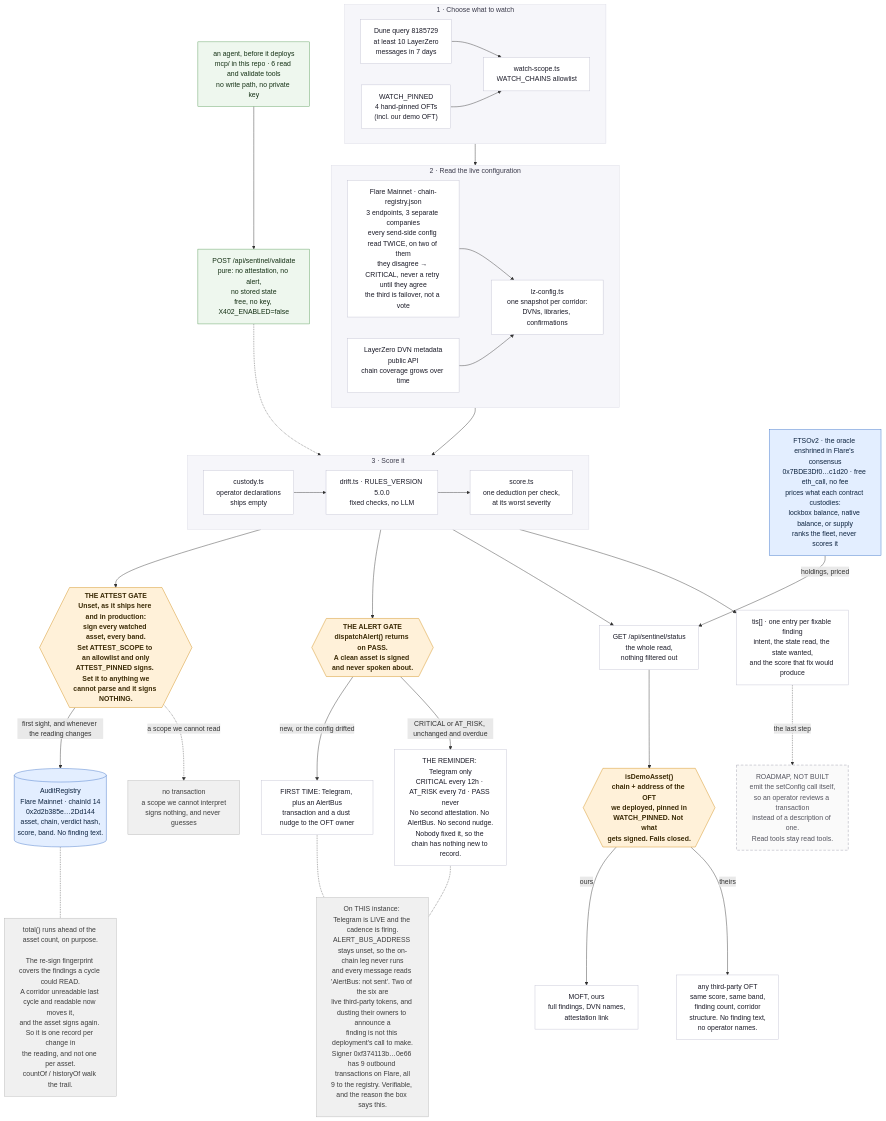
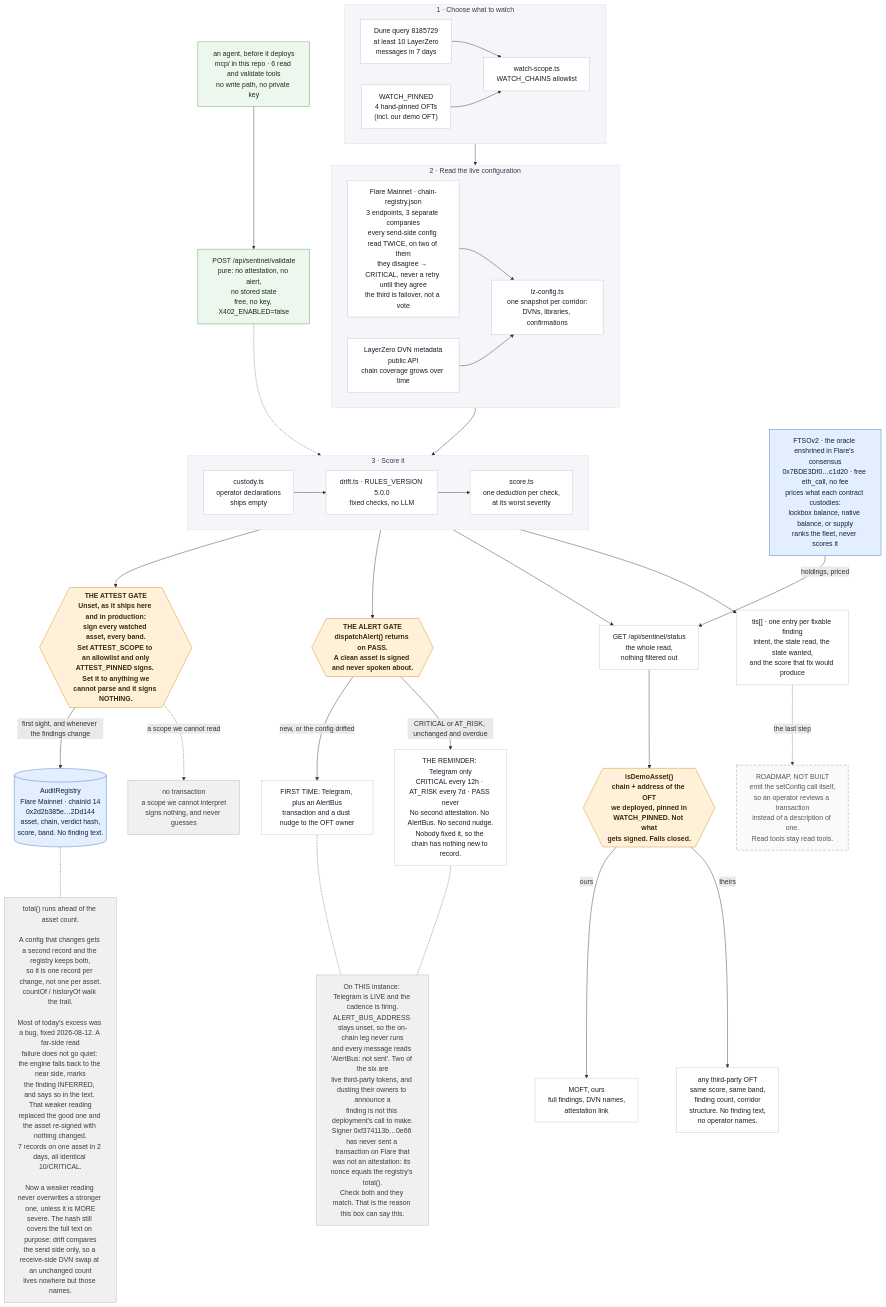
Before and after one commit to damli40/flare-oft-sentinel: the diagram in assets/architecture.mmd, drawn with Mermaid. The commit also changed 20 other files, not shown here.

Commit message:
Refuse a downgraded reading instead of weakening the change hash

```diff
--- a/assets/architecture.mmd
+++ b/assets/architecture.mmd
@@ -1,118 +1,118 @@
 %% OFT Sentinel on Flare — one cycle, end to end.
 %% Rendered to assets/architecture.png. Regenerate with:
 %%   npx -y @mermaid-js/mermaid-cli -i assets/architecture.mmd -o assets/architecture.png -b white -s 2
 flowchart TB
     subgraph pick["1 · Choose what to watch"]
         direction LR
         dune["Dune query 8185729<br/>at least 10 LayerZero<br/>messages in 7 days"]
         pinned["WATCH_PINNED<br/>4 hand-pinned OFTs<br/>(incl. our demo OFT)"]
         scope["watch-scope.ts<br/>WATCH_CHAINS allowlist"]
         dune --> scope
         pinned --> scope
     end
 
     subgraph read["2 · Read the live configuration"]
         direction LR
         rpc["Flare Mainnet · chain-registry.json<br/>3 endpoints, 3 separate companies<br/>every send-side config read TWICE, on two of them<br/>they disagree → CRITICAL, never a retry until they agree<br/>the third is failover, not a vote"]
         meta["LayerZero DVN metadata<br/>public API<br/>chain coverage grows over time"]
         lz["lz-config.ts<br/>one snapshot per corridor:<br/>DVNs, libraries, confirmations"]
         rpc --> lz
         meta --> lz
     end
 
     subgraph rules["3 · Score it"]
         direction LR
         cust["custody.ts<br/>operator declarations<br/>ships empty"]
         drift["drift.ts · RULES_VERSION 5.0.0<br/>fixed checks, no LLM"]
         score["score.ts<br/>one deduction per check,<br/>at its worst severity"]
         cust --> drift
         drift --> score
     end
 
     %% ── Leg A: sign it ────────────────────────────────────────────────────
     gate{{"THE ATTEST GATE<br/>Unset, as it ships here and in production:<br/>sign every watched asset, every band.<br/>Set ATTEST_SCOPE to an allowlist and only<br/>ATTEST_PINNED signs. Set it to anything we<br/>cannot parse and it signs NOTHING."}}
     reg[("AuditRegistry<br/>Flare Mainnet · chainId 14<br/>0x2d2b385e…2Dd144<br/>asset, chain, verdict hash,<br/>score, band. No finding text.")]
-    resign["total() runs ahead of the asset count, on purpose.<br/>&nbsp;<br/>The re-sign fingerprint covers the findings a cycle could READ.<br/>A corridor unreadable last cycle and readable now moves it,<br/>and the asset signs again. So it is one record per change in<br/>the reading, and not one per asset.<br/>countOf / historyOf walk the trail."]
+    resign["total() runs ahead of the asset count.<br/>&nbsp;<br/>A config that changes gets a second record and the registry keeps both,<br/>so it is one record per change, not one per asset.<br/>countOf / historyOf walk the trail.<br/>&nbsp;<br/>Most of today's excess was a bug, fixed 2026-08-12. A far-side read<br/>failure does not go quiet: the engine falls back to the near side, marks<br/>the finding INFERRED, and says so in the text. That weaker reading<br/>replaced the good one and the asset re-signed with nothing changed.<br/>7 records on one asset in 2 days, all identical 10/CRITICAL.<br/>&nbsp;<br/>Now a weaker reading never overwrites a stronger one, unless it is MORE<br/>severe. The hash still covers the full text on purpose: drift compares<br/>the send side only, so a receive-side DVN swap at an unchanged count<br/>lives nowhere but those names."]
     nosign["no transaction<br/>a scope we cannot interpret<br/>signs nothing, and never guesses"]
 
     %% ── Leg B: keep saying it ─────────────────────────────────────────────
     alert{{"THE ALERT GATE<br/>dispatchAlert() returns on PASS.<br/>A clean asset is signed and never spoken about."}}
     first["FIRST TIME: Telegram, plus an AlertBus<br/>transaction and a dust nudge to the OFT owner"]
     again["THE REMINDER: Telegram only<br/>CRITICAL every 12h · AT_RISK every 7d · PASS never<br/>No second attestation. No AlertBus. No second nudge.<br/>Nobody fixed it, so the chain has nothing new to record."]
-    quiet["On THIS instance: Telegram is LIVE and the cadence is firing.<br/>ALERT_BUS_ADDRESS stays unset, so the on-chain leg never runs<br/>and every message reads 'AlertBus: not sent'. Two of the six are<br/>live third-party tokens, and dusting their owners to announce a<br/>finding is not this deployment's call to make.<br/>Signer 0xf374113b…0e66 has 9 outbound transactions on Flare, all<br/>9 to the registry. Verifiable, and the reason the box says this."]
+    quiet["On THIS instance: Telegram is LIVE and the cadence is firing.<br/>ALERT_BUS_ADDRESS stays unset, so the on-chain leg never runs<br/>and every message reads 'AlertBus: not sent'. Two of the six are<br/>live third-party tokens, and dusting their owners to announce a<br/>finding is not this deployment's call to make.<br/>Signer 0xf374113b…0e66 has never sent a transaction on Flare that<br/>was not an attestation: its nonce equals the registry's total().<br/>Check both and they match. That is the reason this box can say this."]
 
     %% ── Leg C: publish it ─────────────────────────────────────────────────
     api["GET /api/sentinel/status<br/>the whole read,<br/>nothing filtered out"]
     filt{{"isDemoAsset()<br/>chain + address of the OFT<br/>we deployed, pinned in<br/>WATCH_PINNED. Not what<br/>gets signed. Fails closed."}}
     ours["MOFT, ours<br/>full findings, DVN names,<br/>attestation link"]
     theirs["any third-party OFT<br/>same score, same band,<br/>finding count, corridor<br/>structure. No finding text,<br/>no operator names."]
 
     %% ── Leg D: what a fix would score ─────────────────────────────────────
     tis["tis[] · one entry per fixable finding<br/>intent, the state read, the state wanted,<br/>and the score that fix would produce"]
     fix["ROADMAP, NOT BUILT<br/>emit the setConfig call itself,<br/>so an operator reviews a transaction<br/>instead of a description of one.<br/>Read tools stay read tools."]
 
     %% ── Before you deploy at all ──────────────────────────────────────────
     agent["an agent, before it deploys<br/>mcp/ in this repo · 6 read and validate tools<br/>no write path, no private key"]
     val["POST /api/sentinel/validate<br/>pure: no attestation, no alert,<br/>no stored state<br/>free, no key, X402_ENABLED=false"]
     agent --> val
     val -.-> rules
 
     ftso["FTSOv2 · the oracle enshrined in Flare's consensus<br/>0x7BDE3Df0…c1d20 · free eth_call, no fee<br/>prices what each contract custodies:<br/>lockbox balance, native balance, or supply<br/>ranks the fleet, never scores it"]
 
     scope --> read
     lz --> rules
     %% Deliberately NO edge in from the RPC node. The label already says it is a
     %% free eth_call, and drawing the inbound edge pushed this node under stage 2,
     %% which routed its ONE outgoing arrow across the attest gate. On a diagram
     %% whose whole claim is that the price reaches neither scoring nor signing,
     %% an arrow that appears to touch either is worse than a missing one.
     ftso -->|"holdings, priced"| api
 
     score --> gate
     score --> alert
     score --> api
     score --> tis
 
-    gate -->|"first sight, and whenever the reading changes"| reg
+    gate -->|"first sight, and whenever the findings change"| reg
     gate -.->|"a scope we cannot read"| nosign
     reg -.- resign
 
     %% Declared first-fire first so it lands LEFT of the reminder. Mermaid lays
     %% siblings out in edge-declaration order, and a reader who meets the repeat
     %% before the thing being repeated has to read the pair twice.
     alert -->|"new, or the config drifted"| first
     alert -->|"CRITICAL or AT_RISK, unchanged and overdue"| again
     first -.- quiet
     again -.- quiet
 
     api --> filt
     filt -->|ours| ours
     filt -->|theirs| theirs
 
     tis -.->|"the last step"| fix
 
     classDef stage fill:#ffffff,stroke:#c2c2d2,color:#1b1b28
     classDef gateStyle fill:#fff1d9,stroke:#d08b12,color:#3a2a06,font-weight:bold
     classDef chain fill:#e3eeff,stroke:#3f74c8,color:#0d233f
     classDef quiet fill:#f0f0f0,stroke:#b4b4b4,color:#3d3d3d
     class dune,pinned,scope,rpc,meta,lz,cust,drift,score,api,ours,theirs,first,again stage
     classDef preflight fill:#eef7ee,stroke:#5a9c5a,color:#143014
     class agent,val preflight
     class tis stage
     %% Dashed and grey so nothing here can be mistaken for something that runs.
     classDef roadmap fill:#fafafa,stroke:#9a9aa8,color:#55555f,stroke-dasharray: 6 4
     class fix roadmap
     %% Footnotes, not steps. Same grey as the fail-closed box so the eye reads
     %% all three as "read this if you are checking us", never as pipeline stages.
     class nosign,resign,quiet quiet
     %% THREE gates now carry colour, and they are the three decisions a judge
     %% should attack: what gets signed, what gets said out loud, and whose
     %% finding text gets shown.
     class gate,filt,alert gateStyle
     %% Blue with the registry, because both are reads of Flare's own contracts.
     %% It deliberately has NO edge into score.ts: the absence is the claim.
     class reg,ftso chain
 
     style pick fill:#f6f6fa,stroke:#dcdce6,color:#3a3a4a
     style read fill:#f6f6fa,stroke:#dcdce6,color:#3a3a4a
     style rules fill:#f6f6fa,stroke:#dcdce6,color:#3a3a4a
```
